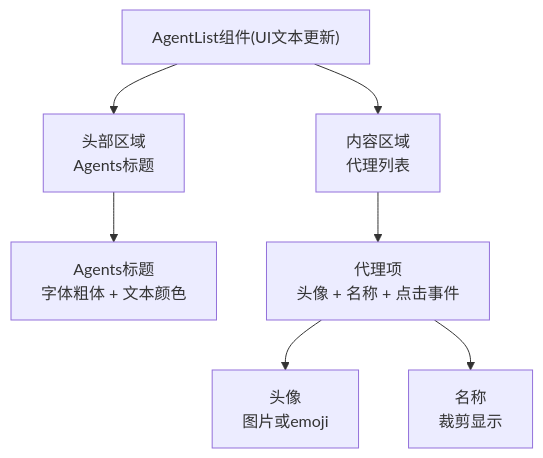
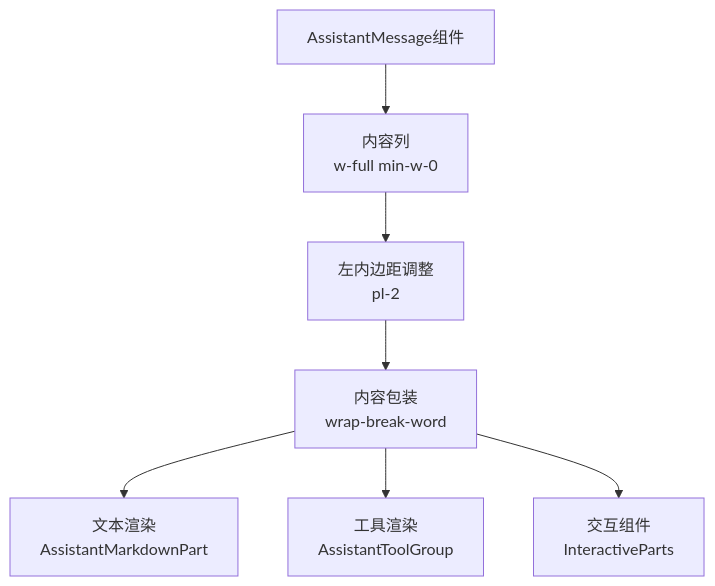
The fourth of 16 diagrams in .qoder/repowiki/zh/content/Web界面/WebChat界面/WebChat界面.md (verse-ai-org/openclaw), drawn with Mermaid before and after one commit. The commit also changed other lines of this file and 12 other files, not shown here.

````diff
--- a/.qoder/repowiki/zh/content/Web界面/WebChat界面/WebChat界面.md
+++ b/.qoder/repowiki/zh/content/Web界面/WebChat界面/WebChat界面.md
@@ -315,9 +298,9 @@
 ```mermaid
 flowchart TD
-AgentList["AgentList组件(UI文本更新)"] --> Header["头部区域<br/>Agents标题"]
-Header --> AgentsTitle["Agents标题<br/>字体粗体 + 文本颜色"]
-AgentList --> Content["内容区域<br/>代理列表"]
-Content --> AgentItem["代理项<br/>头像 + 名称 + 点击事件"]
-AgentItem --> Avatar["头像<br/>图片或emoji"]
-AgentItem --> Name["名称<br/>裁剪显示"]
+AssistantMessage["AssistantMessage组件"] --> ContentColumn["内容列<br/>w-full min-w-0"]
+ContentColumn --> LeftPadding["左内边距调整<br/>pl-2"]
+LeftPadding --> ContentWrap["内容包装<br/>wrap-break-word"]
+ContentWrap --> TextRendering["文本渲染<br/>AssistantMarkdownPart"]
+ContentWrap --> ToolRendering["工具渲染<br/>AssistantToolGroup"]
+ContentWrap --> InteractiveParts["交互组件<br/>InteractiveParts"]
 ```
````
